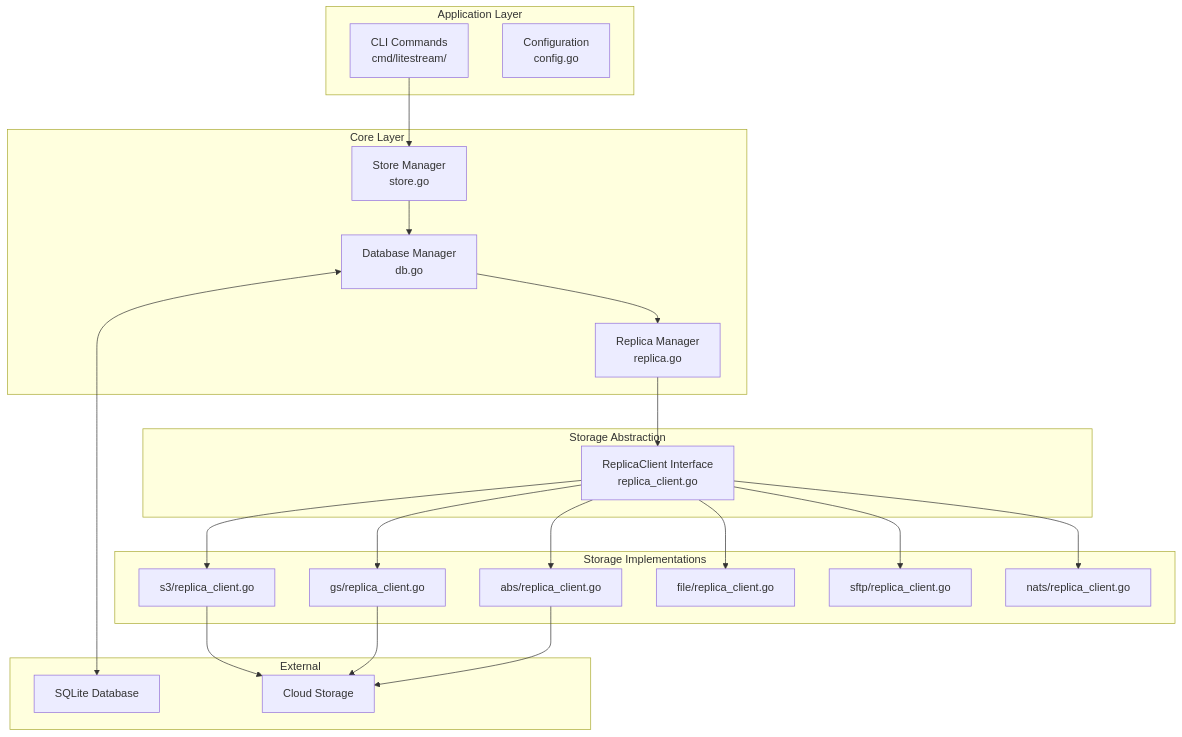
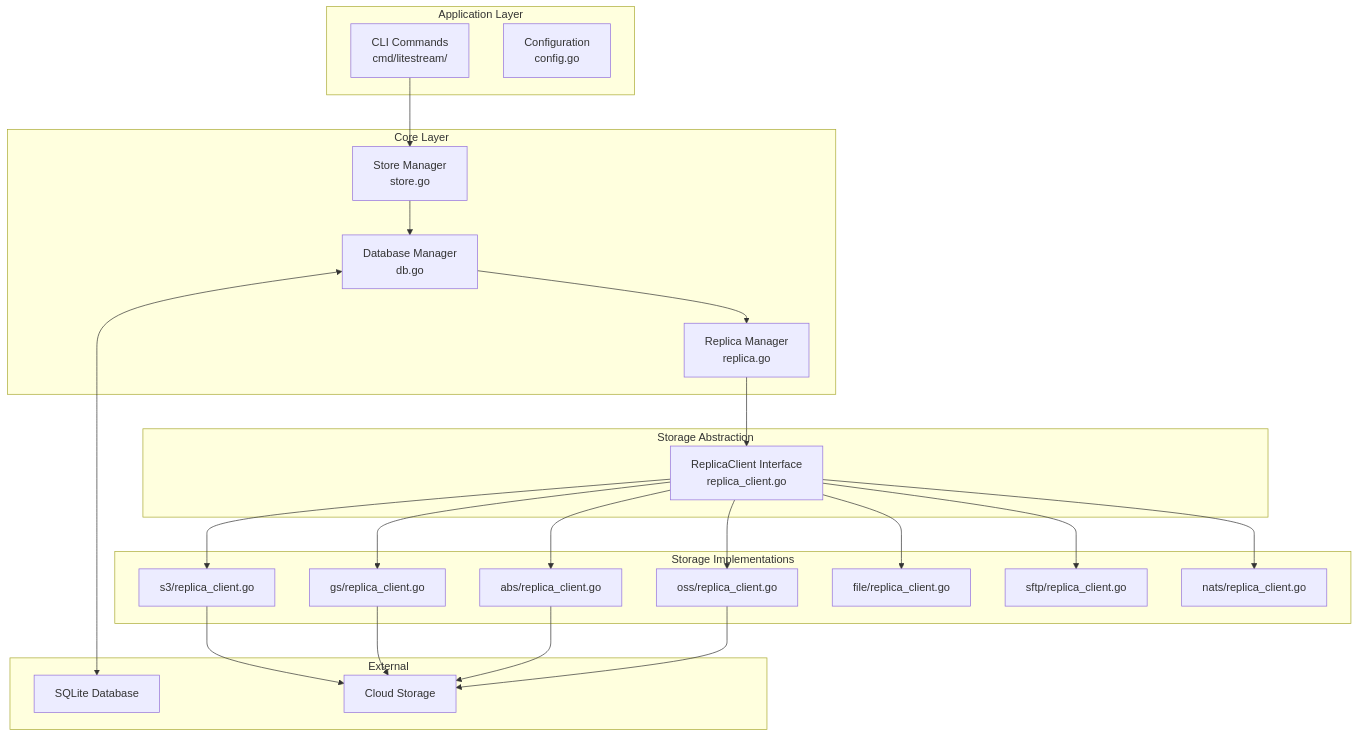
One commit to benbjohnson/litestream changed the first of 4 diagrams in docs/ARCHITECTURE.md. Above: the diagram before and after it, drawn with Mermaid. The commit also changed 9 other files, not shown here.

First line of the commit message:
feat(oss): add native Alibaba Cloud OSS storage backend

````diff
--- a/docs/ARCHITECTURE.md
+++ b/docs/ARCHITECTURE.md
@@ -19,46 +19,49 @@
 ```mermaid
 graph TB
     subgraph "Application Layer"
         CLI[CLI Commands<br/>cmd/litestream/]
         Config[Configuration<br/>config.go]
     end
 
     subgraph "Core Layer"
         Store[Store Manager<br/>store.go]
         DB[Database Manager<br/>db.go]
         Replica[Replica Manager<br/>replica.go]
     end
 
     subgraph "Storage Abstraction"
         RC[ReplicaClient Interface<br/>replica_client.go]
     end
 
     subgraph "Storage Implementations"
         S3[s3/replica_client.go]
         GCS[gs/replica_client.go]
         ABS[abs/replica_client.go]
+        OSS[oss/replica_client.go]
         File[file/replica_client.go]
         SFTP[sftp/replica_client.go]
         NATS[nats/replica_client.go]
     end
 
     subgraph "External"
         SQLite[SQLite Database]
         Cloud[Cloud Storage]
     end
 
     CLI --> Store
     Store --> DB
     DB --> Replica
     Replica --> RC
     RC --> S3
     RC --> GCS
     RC --> ABS
+    RC --> OSS
     RC --> File
     RC --> SFTP
     RC --> NATS
     DB <--> SQLite
     S3 --> Cloud
     GCS --> Cloud
     ABS --> Cloud
+    OSS --> Cloud
 ```
````
